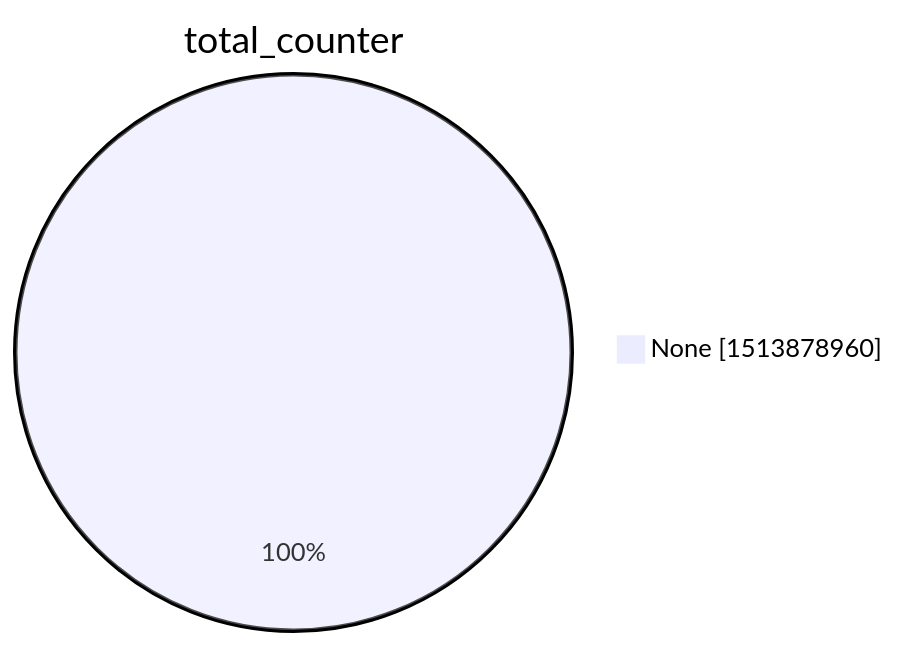
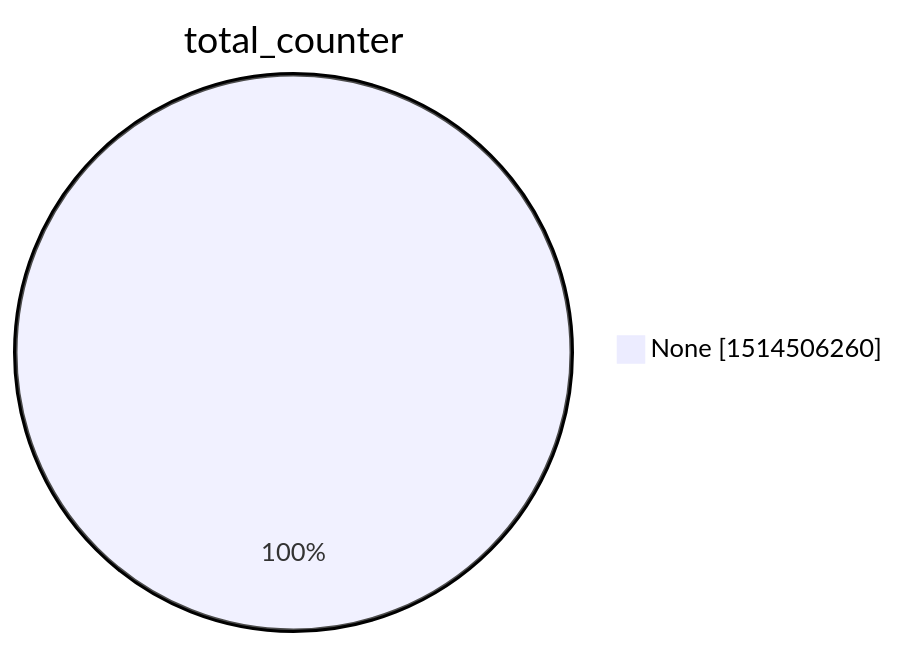
The second of 15 diagrams in argon2022/README.md (christiankrug/ctmonitor_visualization), drawn with Mermaid before and after one commit. The commit also changed other lines of this file, not shown here.

````diff
--- a/argon2022/README.md
+++ b/argon2022/README.md
@@ -9,5 +9,5 @@
 ```mermaid
 pie showData
 title total_counter
-"None" :1513878960
+"None" :1514506260
 ```
````
